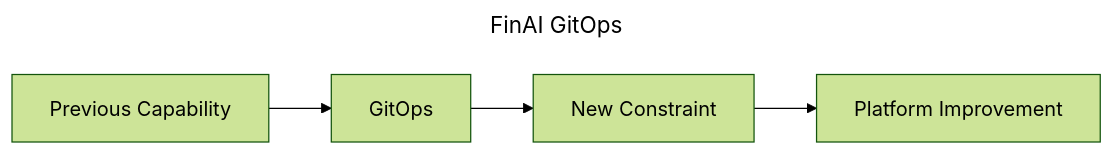
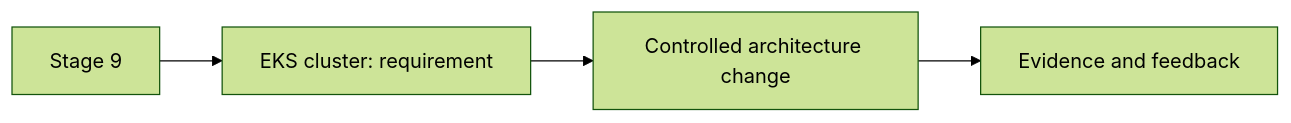
The tenth of 30 diagrams in docs/journey/index.md (m1mohamad/devops-sre-prep), drawn with Mermaid (forest theme) before and after one commit. The commit also changed other lines of this file and 100 other files, not shown here.

````diff
--- a/docs/journey/index.md
+++ b/docs/journey/index.md
@@ -117,7 +202,6 @@
 ```mermaid
----
-title: FinAI GitOps
----
 flowchart LR
-  A[Previous Capability] --> B[GitOps] --> C[New Constraint] --> D[Platform Improvement]
+  S10[Stage 9] --> R10[EKS cluster: requirement]
+  R10 --> C10[Controlled architecture change]
+  C10 --> E10[Evidence and feedback]
 ```
````
